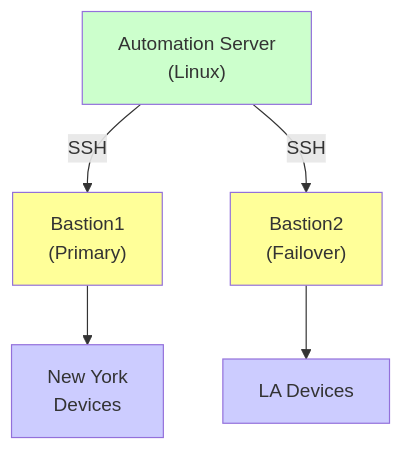
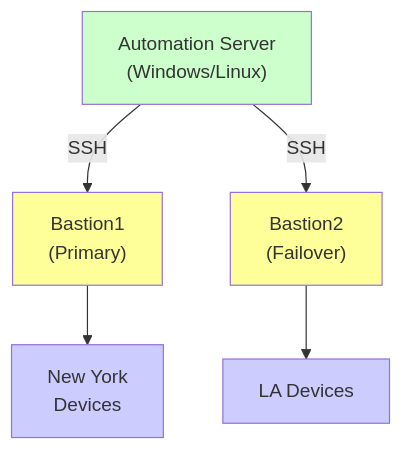
Before and after one commit to Nautomation-Prime/nautomation-prime.github.io: the third of 3 diagrams in docs/tutorials/intermediate/enterprise-config-backup-nornir.md, drawn with Mermaid. The commit also changed other lines of this file and 2 other files, not shown here.

Commit message:
Added windows/linux/mac examples

````diff
--- a/docs/tutorials/intermediate/enterprise-config-backup-nornir.md
+++ b/docs/tutorials/intermediate/enterprise-config-backup-nornir.md
@@ -2325,16 +2343,16 @@
 ```mermaid
 flowchart TB
-    AutoServer["Automation Server<br/>(Linux)"]
+    AutoServer["Automation Server<br/>(Windows/Linux)"]
     
     AutoServer -->|SSH| Bastion1["Bastion1<br/>(Primary)"]
     AutoServer -->|SSH| Bastion2["Bastion2<br/>(Failover)"]
     
     Bastion1 --> NYDevices["New York<br/>Devices"]
     Bastion2 --> LADevices["LA Devices"]
     
     style AutoServer fill:#ccffcc
     style Bastion1 fill:#ffff99
     style Bastion2 fill:#ffff99
     style NYDevices fill:#ccccff
     style LADevices fill:#ccccff
 ```
````
